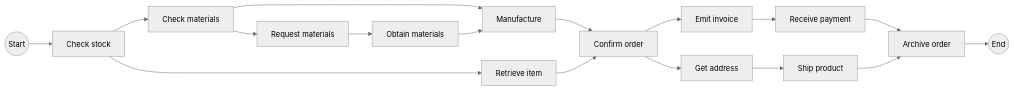
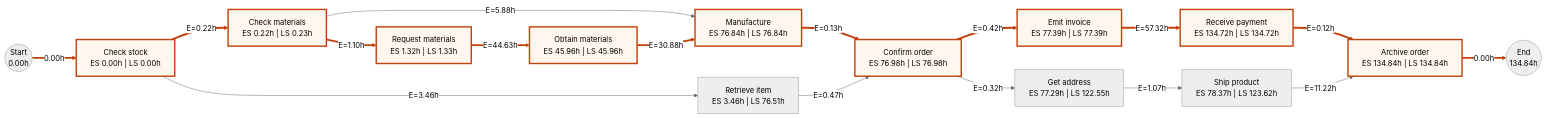
One commit to seif-elden/BPM changed the diagram in output/assignment2_pert.mmd. Above: the diagram before and after it, drawn with Mermaid (neutral theme). The commit also changed 49 other files, not shown here.

```diff
--- a/output/assignment2_pert.mmd
+++ b/output/assignment2_pert.mmd
@@ -1,31 +1,43 @@
 flowchart LR
-    Start((Start))
-    End((End))
-    Archive_order["Archive order"]
-    Check_materials["Check materials"]
-    Check_stock["Check stock"]
-    Confirm_order["Confirm order"]
-    Emit_invoice["Emit invoice"]
-    Get_address["Get address"]
-    Manufacture["Manufacture"]
-    Obtain_materials["Obtain materials"]
-    Receive_payment["Receive payment"]
-    Request_materials["Request materials"]
-    Retrieve_item["Retrieve item"]
-    Ship_product["Ship product"]
-    Start --> Check_stock
-    Check_materials --> Manufacture
-    Check_materials --> Request_materials
-    Check_stock --> Check_materials
-    Check_stock --> Retrieve_item
-    Confirm_order --> Emit_invoice
-    Confirm_order --> Get_address
-    Emit_invoice --> Receive_payment
-    Get_address --> Ship_product
-    Manufacture --> Confirm_order
-    Obtain_materials --> Manufacture
-    Receive_payment --> Archive_order
-    Request_materials --> Obtain_materials
-    Retrieve_item --> Confirm_order
-    Ship_product --> Archive_order
-    Archive_order --> End
+    Start((Start<br/>0.00h))
+    End((End<br/>134.84h))
+    Archive_order["Archive order<br/>ES 134.84h | LS 134.84h"]
+    Check_materials["Check materials<br/>ES 0.22h | LS 0.23h"]
+    Check_stock["Check stock<br/>ES 0.00h | LS 0.00h"]
+    Confirm_order["Confirm order<br/>ES 76.98h | LS 76.98h"]
+    Emit_invoice["Emit invoice<br/>ES 77.39h | LS 77.39h"]
+    Get_address["Get address<br/>ES 77.29h | LS 122.55h"]
+    Manufacture["Manufacture<br/>ES 76.84h | LS 76.84h"]
+    Obtain_materials["Obtain materials<br/>ES 45.96h | LS 45.96h"]
+    Receive_payment["Receive payment<br/>ES 134.72h | LS 134.72h"]
+    Request_materials["Request materials<br/>ES 1.32h | LS 1.33h"]
+    Retrieve_item["Retrieve item<br/>ES 3.46h | LS 76.51h"]
+    Ship_product["Ship product<br/>ES 78.37h | LS 123.62h"]
+    Start -->|0.00h| Check_stock
+    Check_materials -->|E=5.88h| Manufacture
+    Check_materials -->|E=1.10h| Request_materials
+    Check_stock -->|E=0.22h| Check_materials
+    Check_stock -->|E=3.46h| Retrieve_item
+    Confirm_order -->|E=0.42h| Emit_invoice
+    Confirm_order -->|E=0.32h| Get_address
+    Emit_invoice -->|E=57.32h| Receive_payment
+    Get_address -->|E=1.07h| Ship_product
+    Manufacture -->|E=0.13h| Confirm_order
+    Obtain_materials -->|E=30.88h| Manufacture
+    Receive_payment -->|E=0.12h| Archive_order
+    Request_materials -->|E=44.63h| Obtain_materials
+    Retrieve_item -->|E=0.47h| Confirm_order
+    Ship_product -->|E=11.22h| Archive_order
+    Archive_order -->|0.00h| End
+    classDef critical fill:#fff7ed,stroke:#c2410c,stroke-width:3px;
+    class Archive_order,Check_materials,Check_stock,Confirm_order,Emit_invoice,Manufacture,Obtain_materials,Receive_payment,Request_materials critical;
+    linkStyle 0 stroke:#c2410c,stroke-width:4px;
+    linkStyle 2 stroke:#c2410c,stroke-width:4px;
+    linkStyle 3 stroke:#c2410c,stroke-width:4px;
+    linkStyle 5 stroke:#c2410c,stroke-width:4px;
+    linkStyle 7 stroke:#c2410c,stroke-width:4px;
+    linkStyle 9 stroke:#c2410c,stroke-width:4px;
+    linkStyle 10 stroke:#c2410c,stroke-width:4px;
+    linkStyle 11 stroke:#c2410c,stroke-width:4px;
+    linkStyle 12 stroke:#c2410c,stroke-width:4px;
+    linkStyle 15 stroke:#c2410c,stroke-width:4px;
```
